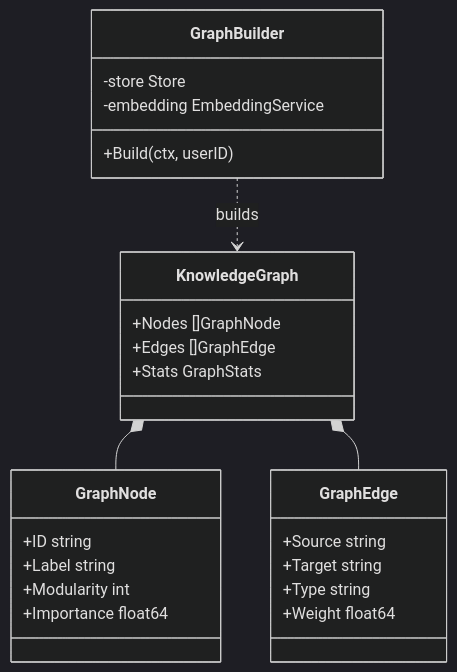
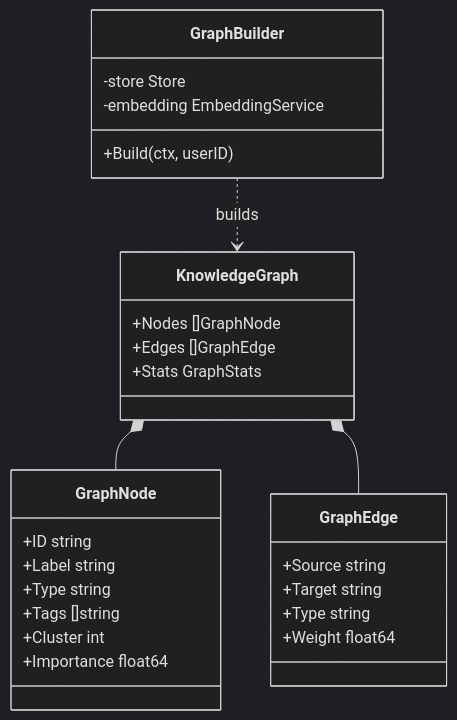
One commit to 88lin/divinesense changed the first of 2 diagrams in ai/graph/README.md. Above: the diagram before and after it, drawn with Mermaid (dark theme). The commit also changed other lines of this file and 27 other files, not shown here.

````diff
--- a/ai/graph/README.md
+++ b/ai/graph/README.md
@@ -9,29 +9,31 @@
 ```mermaid
 classDiagram
     class KnowledgeGraph {
         +Nodes []GraphNode
         +Edges []GraphEdge
         +Stats GraphStats
     }
     class GraphBuilder {
         -store Store
         -embedding EmbeddingService
         +Build(ctx, userID)
     }
     class GraphNode {
         +ID string
         +Label string
-        +Modularity int
+        +Type string
+        +Tags []string
+        +Cluster int
         +Importance float64
     }
     class GraphEdge {
         +Source string
         +Target string
         +Type string
         +Weight float64
     }
-    
+
     GraphBuilder ..> KnowledgeGraph : builds
     KnowledgeGraph *-- GraphNode
     KnowledgeGraph *-- GraphEdge
 ```
````
